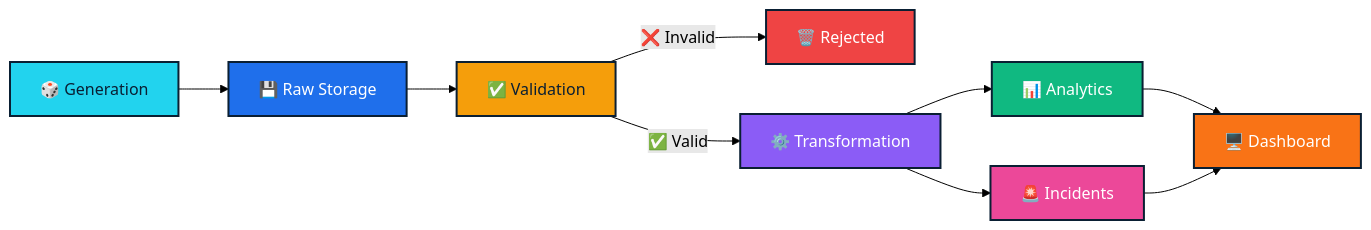
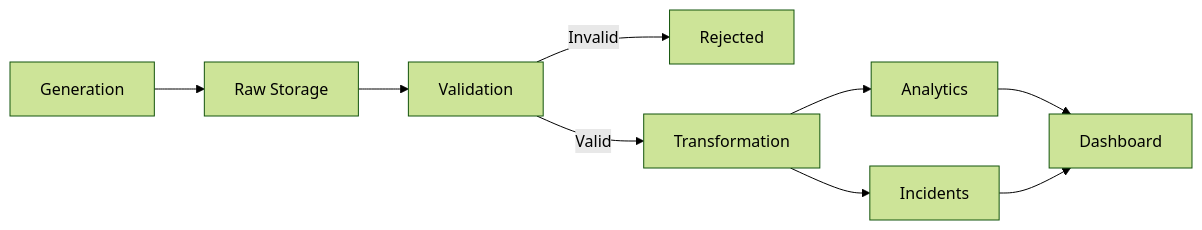
The second of 2 diagrams in README.md (sourishdey2005/FrostPulse-Business-Analytics), drawn with Mermaid (forest theme) before and after one commit. The commit also changed other lines of this file, not shown here.

Commit message:
fix: remove unsupported Mermaid style directives causing GitHub render error

````diff
--- a/README.md
+++ b/README.md
@@ -232,20 +225,11 @@
 ```mermaid
 graph LR
-    A[🎲 Generation] --> B[💾 Raw Storage]
-    B --> C[✅ Validation]
-    C -->|❌ Invalid| D[🗑️ Rejected]
-    C -->|✅ Valid| E[⚙️ Transformation]
-    E --> F[📊 Analytics]
-    E --> G[🚨 Incidents]
-    F --> H[🖥️ Dashboard]
+    A[Generation] --> B[Raw Storage]
+    B --> C[Validation]
+    C -->|Invalid| D[Rejected]
+    C -->|Valid| E[Transformation]
+    E --> F[Analytics]
+    E --> G[Incidents]
+    F --> H[Dashboard]
     G --> H
-    
-    style A fill:#22D3EE,color:#0A1F33,stroke:#0A1F33,stroke-width:2px
-    style B fill:#1F6FEB,color:#fff,stroke:#0A1F33,stroke-width:2px
-    style C fill:#F59E0B,color:#0A1F33,stroke:#0A1F33,stroke-width:2px
-    style D fill:#EF4444,color:#fff,stroke:#0A1F33,stroke-width:2px
-    style E fill:#8B5CF6,color:#fff,stroke:#0A1F33,stroke-width:2px
-    style F fill:#10B981,color:#fff,stroke:#0A1F33,stroke-width:2px
-    style G fill:#EC4899,color:#fff,stroke:#0A1F33,stroke-width:2px
-    style H fill:#F97316,color:#fff,stroke:#0A1F33,stroke-width:2px
 ```
````
